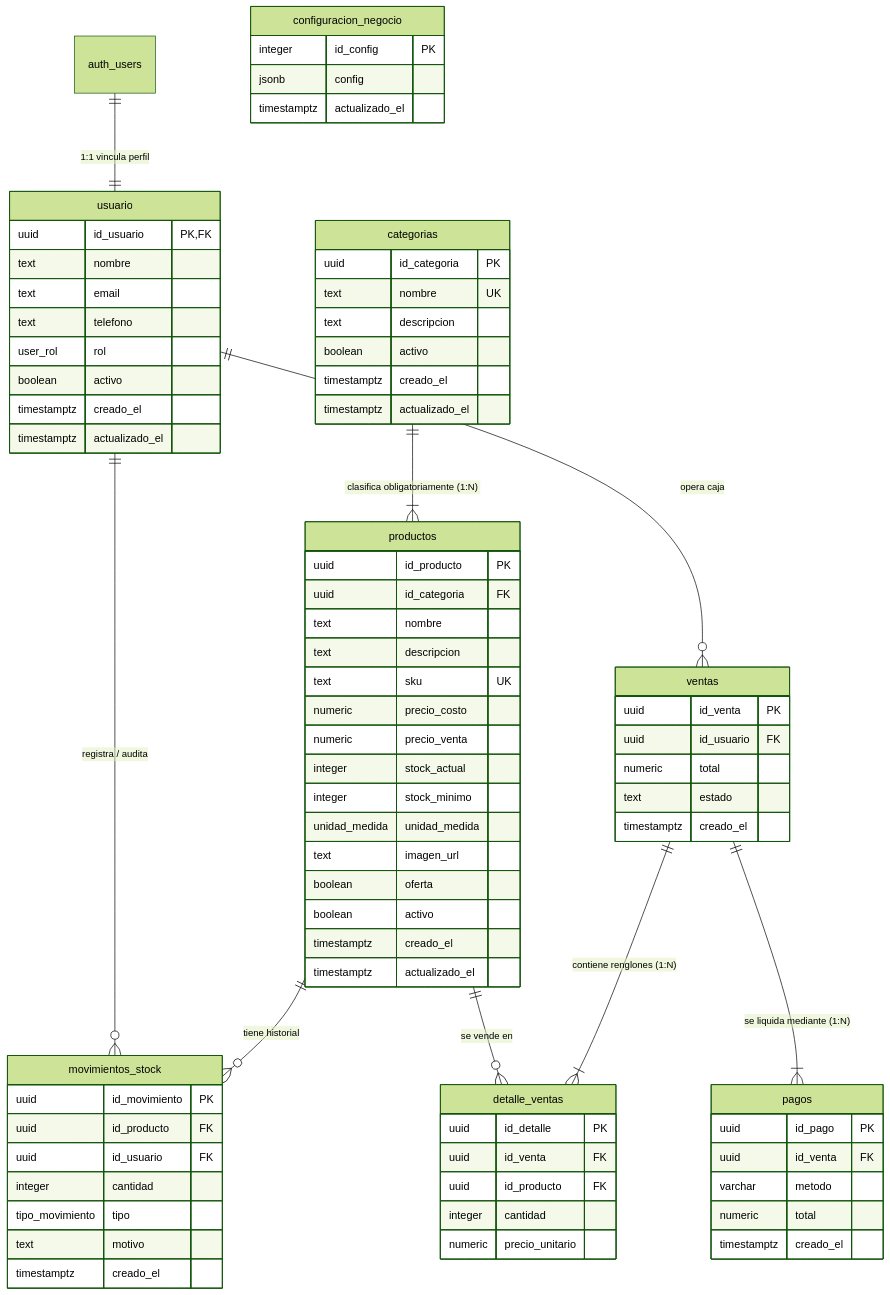
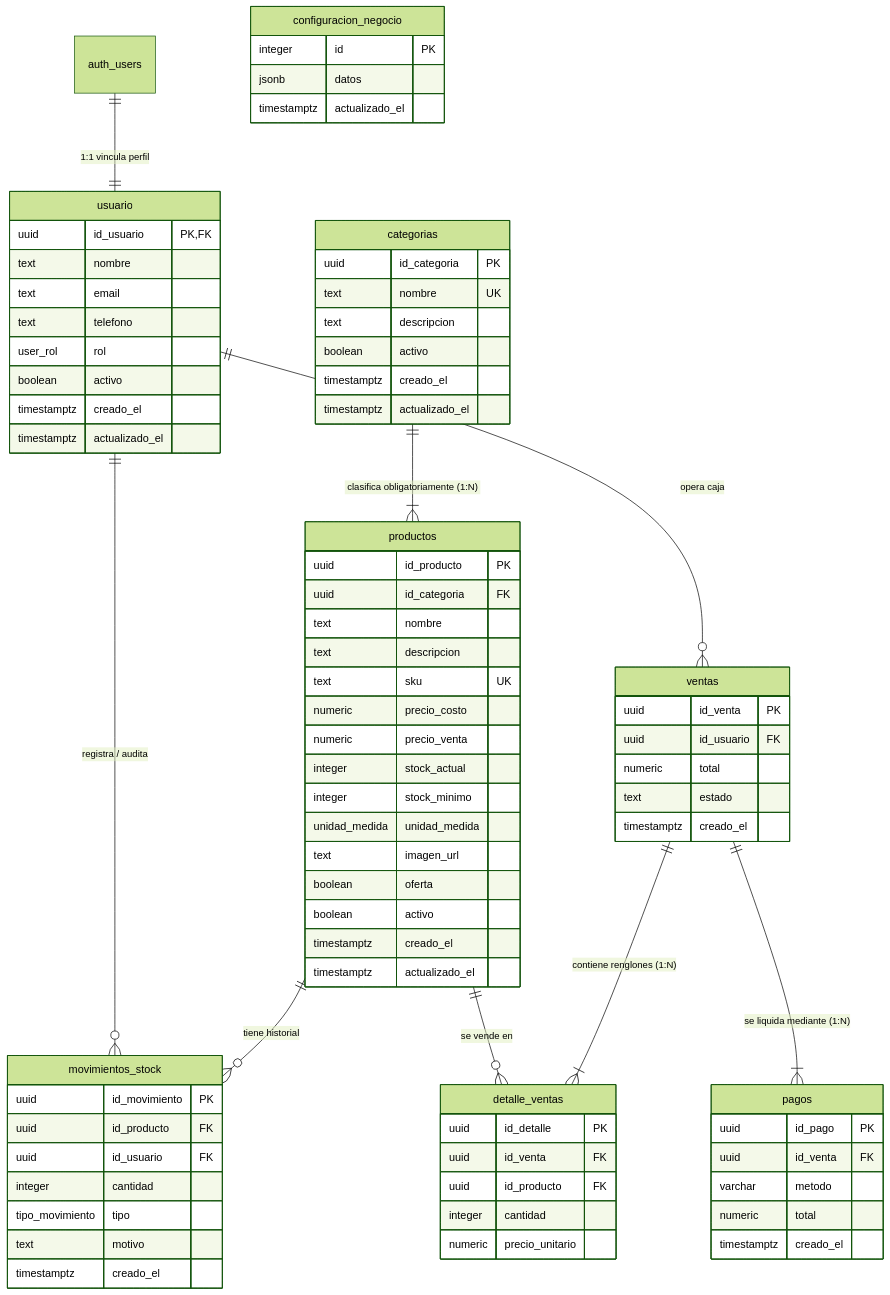
The diagram in mistock/docs/Base de datos.md (OctavioRiccardo/m.i-stock), drawn with Mermaid (forest theme) before and after one commit. The commit also changed other lines of this file and 23 other files, not shown here.

```diff
--- a/mistock/docs/Base de datos.md
+++ b/mistock/docs/Base de datos.md
@@ -41,8 +41,8 @@
     }
 
     configuracion_negocio {
-        integer id_config PK
-        jsonb config
+        integer id PK
+        jsonb datos
         timestamptz actualizado_el
     }
 
```
